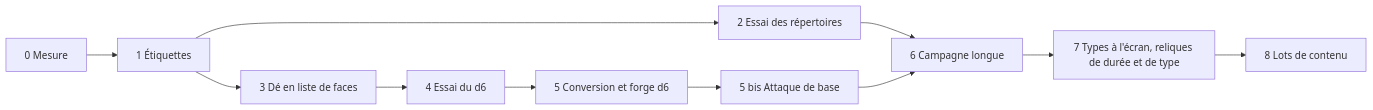
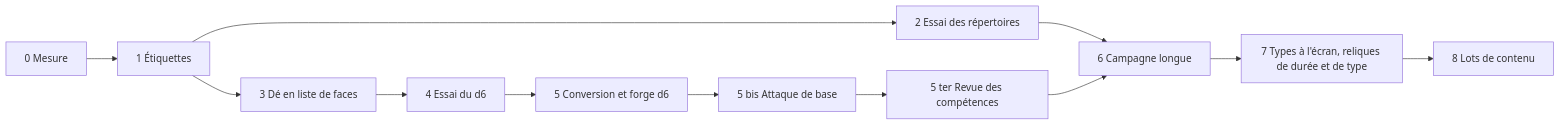
One commit to Citcatjoe/battler changed the third of 3 diagrams in docs/PROGRESSION.md. Above: the diagram before and after it, drawn with Mermaid. The commit also changed other lines of this file and 32 other files, not shown here.

Commit message:
Battler v0.106.1 : vocabulaire tranché (Attaque, un coup physique ou magique, DP), Cotte du mercenaire baissée, revue des compétences planifiée

````diff
--- a/docs/PROGRESSION.md
+++ b/docs/PROGRESSION.md
@@ -1107,13 +1116,14 @@
 ```mermaid
 flowchart LR
   P0[0 Mesure] --> P1[1 Étiquettes]
   P1 --> P2[2 Essai des répertoires]
   P1 --> P3[3 Dé en liste de faces]
   P3 --> P4[4 Essai du d6]
   P4 --> P5[5 Conversion et forge d6]
   P2 --> P6[6 Campagne longue]
   P5 --> P5B[5 bis Attaque de base]
-  P5B --> P6
+  P5B --> P5T[5 ter Revue des compétences]
+  P5T --> P6
   P6 --> P7[7 Types à l'écran, reliques de durée et de type]
   P7 --> P8[8 Lots de contenu]
 ```
````
